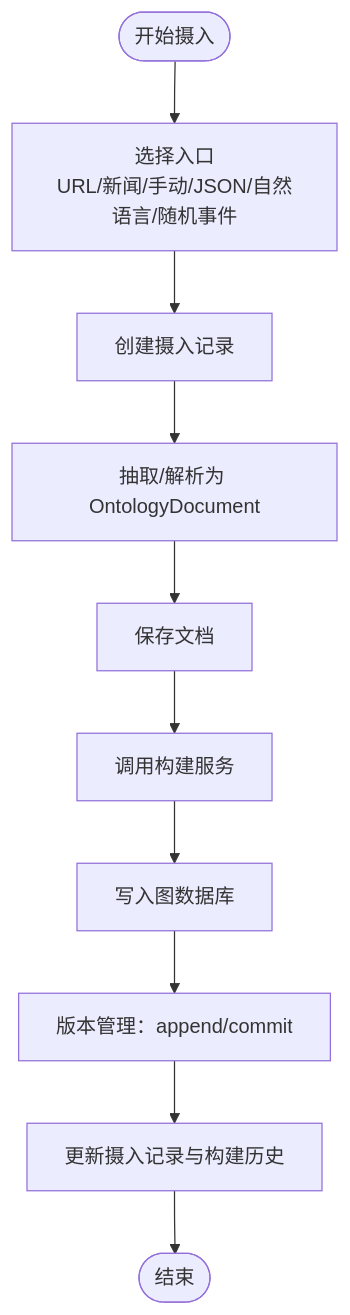
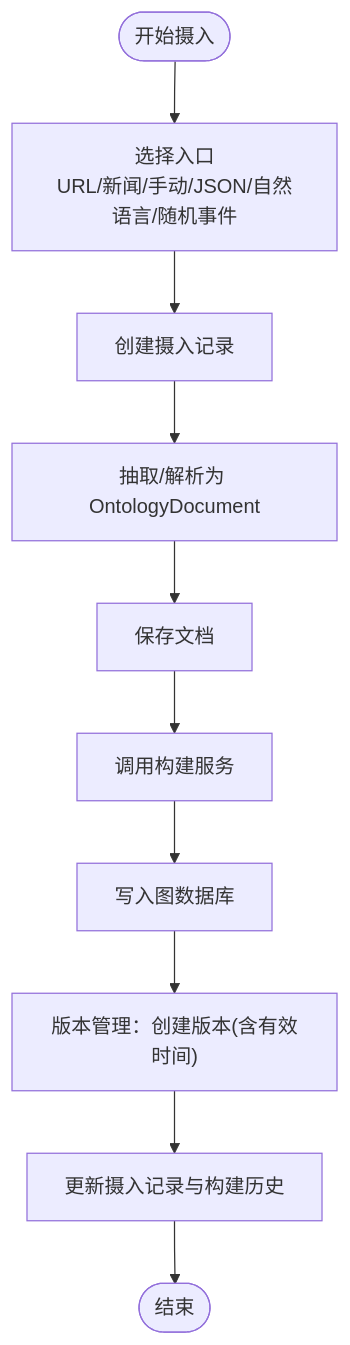
Before and after one commit to inier/ontology-graphiti: the third of 11 diagrams in .qoder/repowiki/zh/content/架构设计/分层架构设计/L3-L4 业务层/本体管理引擎.md, drawn with Mermaid. The commit also changed other lines of this file and 76 other files, not shown here.

````diff
--- a/.qoder/repowiki/zh/content/架构设计/分层架构设计/L3-L4 业务层/本体管理引擎.md
+++ b/.qoder/repowiki/zh/content/架构设计/分层架构设计/L3-L4 业务层/本体管理引擎.md
@@ -140,12 +179,12 @@
 ```mermaid
 flowchart TD
 Start(["开始摄入"]) --> Choose["选择入口<br/>URL/新闻/手动/JSON/自然语言/随机事件"]
 Choose --> CreateRec["创建摄入记录"]
 CreateRec --> Extract["抽取/解析为 OntologyDocument"]
 Extract --> SaveDoc["保存文档"]
 SaveDoc --> Build["调用构建服务"]
 Build --> WriteGraph["写入图数据库"]
-WriteGraph --> Version["版本管理：append/commit"]
+WriteGraph --> Version["版本管理：创建版本(含有效时间)"]
 Version --> Record["更新摄入记录与构建历史"]
 Record --> End(["结束"])
 ```
````
